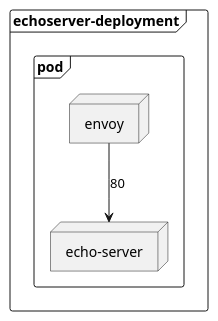
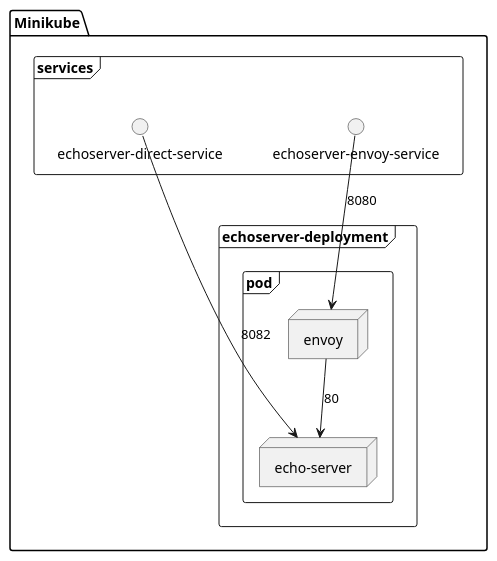
The diagram in echoserver-envoy.plantuml (manuelarte/demo-mTLS), drawn with PlantUML before and after one commit. The commit also changed 6 other files, not shown here.

```diff
--- a/echoserver-envoy.plantuml
+++ b/echoserver-envoy.plantuml
@@ -1,11 +1,20 @@
 @startuml echoserver-envoy
 
-frame "echoserver-deployment" {
-    frame "pod" {
-        node envoy
-        node "echo-server"
-        envoy --> "echo-server" : 80
+package Minikube {
+
+    frame "echoserver-deployment" {
+        frame "pod" {
+            node envoy
+            node "echo-server"
+            envoy --> "echo-server" : 80
+        }
     }
+
+    frame "services" {
+        "echoserver-direct-service" --> "echo-server" : 8082
+        "echoserver-envoy-service" --> "envoy" : 8080
+    }
+
 }
 
 @enduml
```
